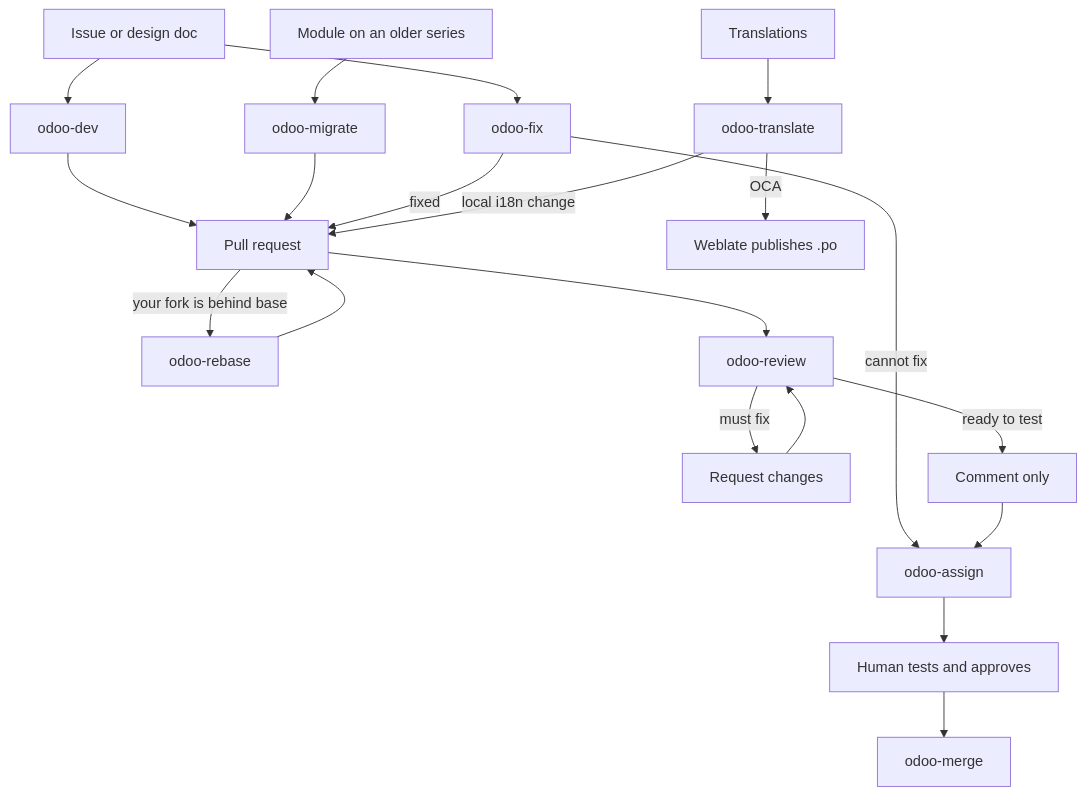
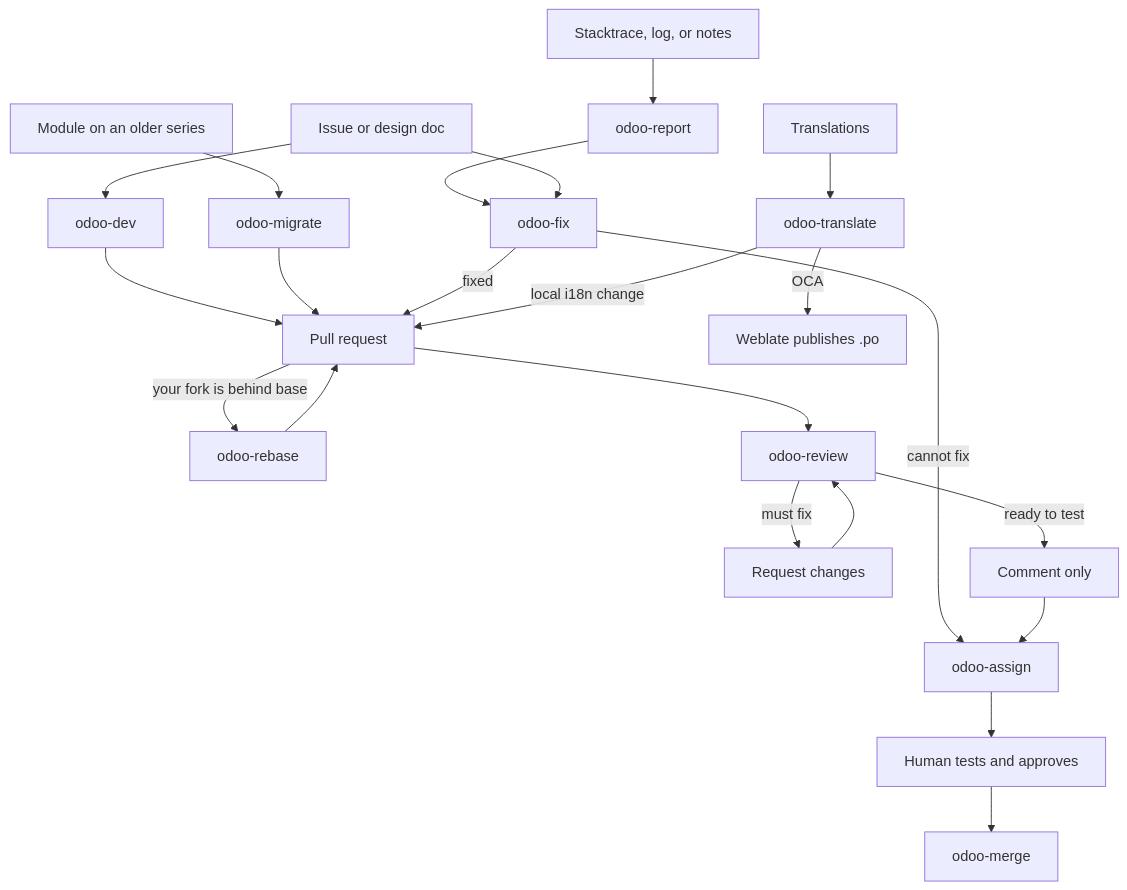
One commit to ursais/ai-skills changed the diagram in README.md. Above: the diagram before and after it, drawn with Mermaid. The commit also changed other lines of this file and 2 other files, not shown here.

First line of the commit message:
Add odoo-report to open a bug issue from a stacktrace or notes.

````diff
--- a/README.md
+++ b/README.md
@@ -43,25 +45,28 @@
 ```mermaid
 flowchart TD
   start["Issue or design doc"]
+  raw["Stacktrace, log, or notes"]
   older["Module on an older series"]
   i18n["Translations"]
+  raw --> report["odoo-report"]
+  report --> fix["odoo-fix"]
   start --> dev["odoo-dev"]
-  start --> fix["odoo-fix"]
+  start --> fix
   older --> port["odoo-migrate"]
   i18n --> translate["odoo-translate"]
   dev --> pr["Pull request"]
   port --> pr
   fix -->|fixed| pr
   fix -->|cannot fix| assign["odoo-assign"]
   translate -->|local i18n change| pr
   translate -->|OCA| weblate["Weblate publishes .po"]
   pr -->|your fork is behind base| rebase["odoo-rebase"]
   rebase --> pr
   pr --> review["odoo-review"]
   review -->|must fix| changes["Request changes"]
   changes --> review
   review -->|ready to test| comment["Comment only"]
   comment --> assign
   assign --> human["Human tests and approves"]
   human --> merge["odoo-merge"]
 ```
````
